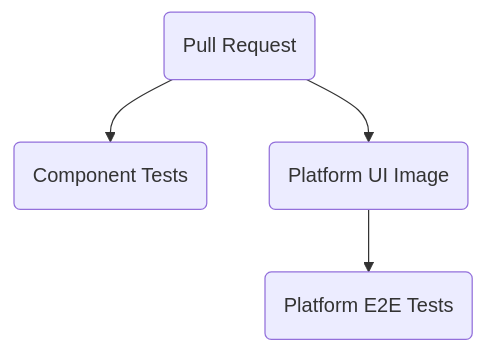
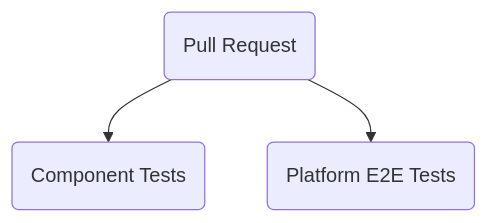
Before and after one commit to ansible/ansible-ui: the second of 2 diagrams in docs/Testing Strategy.md, drawn with Mermaid. The commit also changed other lines of this file, not shown here.

````diff
--- a/docs/Testing Strategy.md
+++ b/docs/Testing Strategy.md
@@ -23,5 +23,5 @@
 ```mermaid
 flowchart TD
 PR(Pull Request) --> Component(Component Tests)
-PR --> PLATFORM_IMAGE(Platform UI Image) --> PLATFORM_E2E(Platform E2E Tests)
+PR --> PLATFORM_E2E(Platform E2E Tests)
 ```
````
